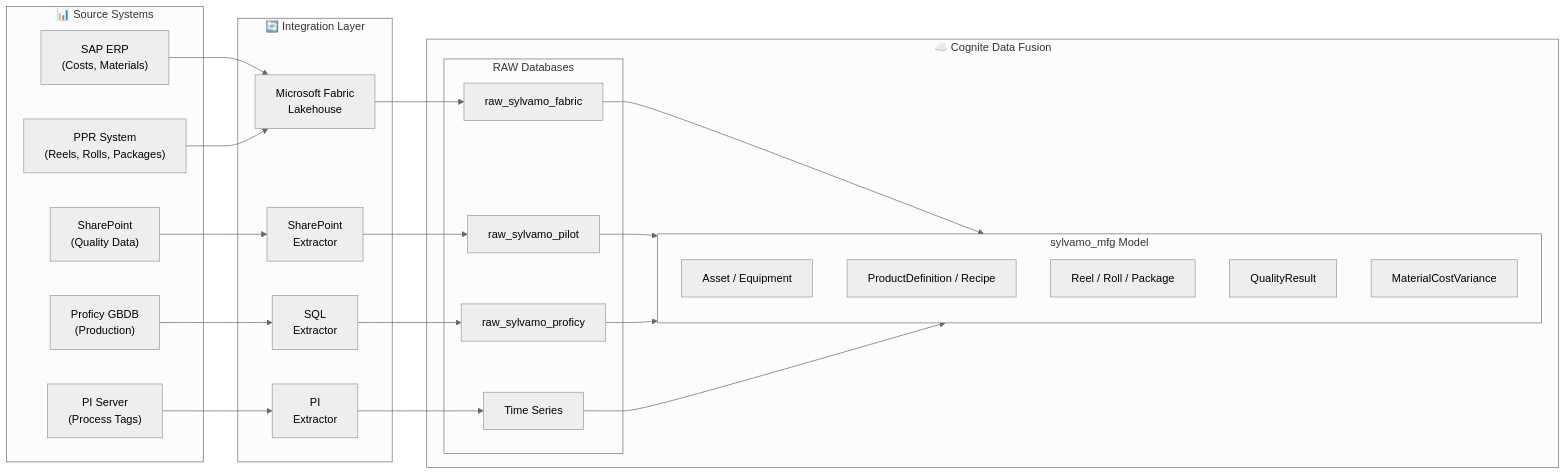
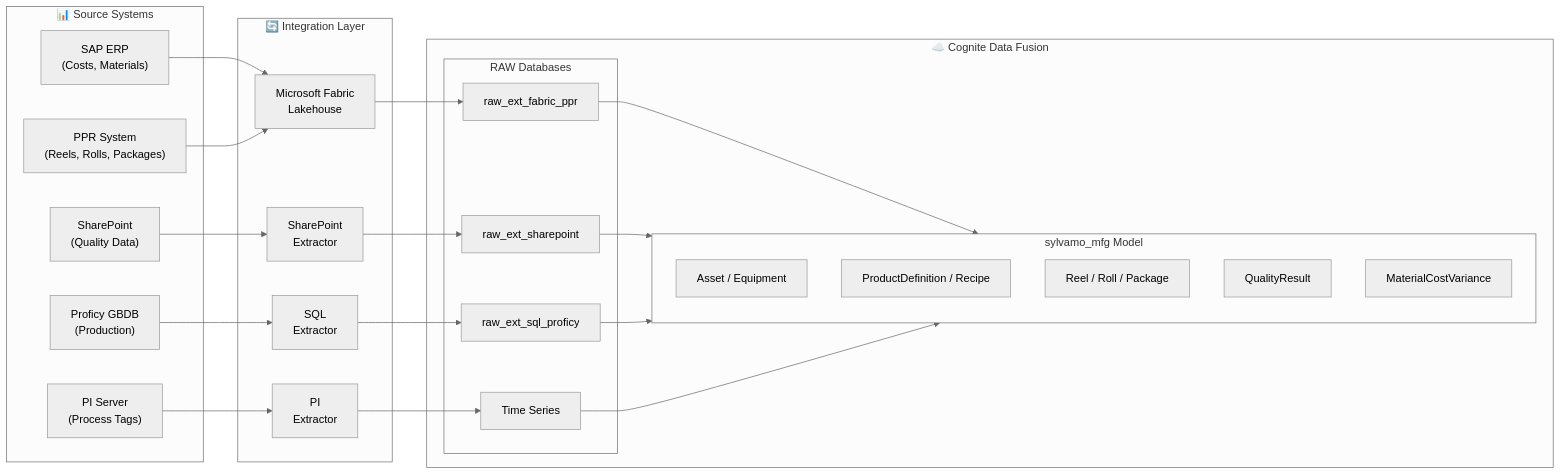
One commit to fbarsoba-cognite/sylvamo-project-documentation changed the third of 3 diagrams in README.md. Above: the diagram before and after it, drawn with Mermaid (neutral theme). The commit also changed other lines of this file and 2 other files, not shown here.

First line of the commit message:
Update RAW database naming convention to raw_ext_* format

````diff
--- a/README.md
+++ b/README.md
@@ -244,45 +257,45 @@
 ```mermaid
 flowchart LR
     subgraph Sources["📊 Source Systems"]
         SAP["SAP ERP<br/>(Costs, Materials)"]
         PPR["PPR System<br/>(Reels, Rolls, Packages)"]
         SP["SharePoint<br/>(Quality Data)"]
         PROF["Proficy GBDB<br/>(Production)"]
         PI["PI Server<br/>(Process Tags)"]
     end
 
     subgraph Integration["🔄 Integration Layer"]
         FAB["Microsoft Fabric<br/>Lakehouse"]
         SPX["SharePoint<br/>Extractor"]
         SQLX["SQL<br/>Extractor"]
         PIX["PI<br/>Extractor"]
     end
 
     subgraph CDF["☁️ Cognite Data Fusion"]
         subgraph RAW["RAW Databases"]
-            R1["raw_sylvamo_fabric"]
-            R2["raw_sylvamo_pilot"]
-            R3["raw_sylvamo_proficy"]
+            R1["raw_ext_fabric_ppr"]
+            R2["raw_ext_sharepoint"]
+            R3["raw_ext_sql_proficy"]
             TS["Time Series"]
         end
         subgraph DM["sylvamo_mfg Model"]
             V1["Asset / Equipment"]
             V2["ProductDefinition / Recipe"]
             V3["Reel / Roll / Package"]
             V4["QualityResult"]
             V5["MaterialCostVariance"]
         end
     end
 
     SAP --> FAB
     PPR --> FAB
     FAB --> R1
     SP --> SPX --> R2
     PROF --> SQLX --> R3
     PI --> PIX --> TS
 
     R1 --> DM
     R2 --> DM
     R3 --> DM
     TS --> DM
 ```
````
